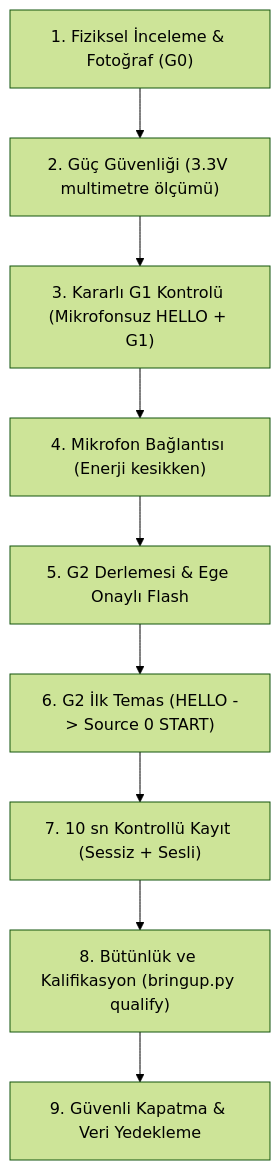
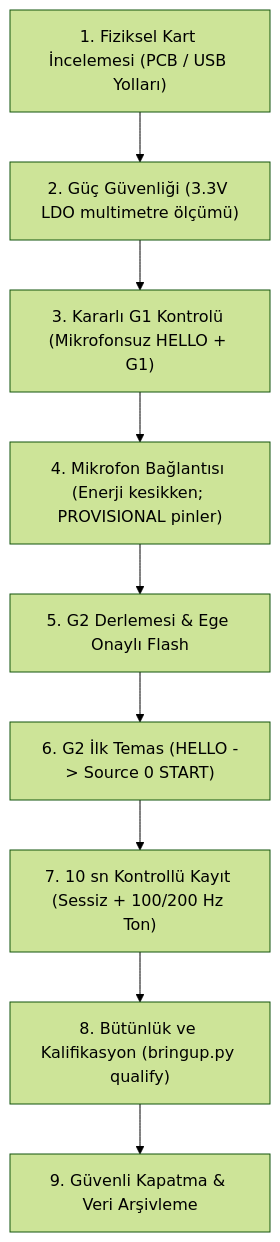
Before and after one commit to egecagintepe/ausculta-forge: the diagram in docs/engineering/hardware/FRIDAY_G2_LAB_RUNBOOK.md, drawn with Mermaid (forest theme). The commit also changed other lines of this file and 10 other files, not shown here.

````diff
--- a/docs/engineering/hardware/FRIDAY_G2_LAB_RUNBOOK.md
+++ b/docs/engineering/hardware/FRIDAY_G2_LAB_RUNBOOK.md
@@ -38,11 +41,11 @@
 ```mermaid
 flowchart TD
-    A["1. Fiziksel İnceleme & Fotoğraf (G0)"] --> B["2. Güç Güvenliği (3.3V multimetre ölçümü)"]
+    A["1. Fiziksel Kart İncelemesi (PCB / USB Yolları)"] --> B["2. Güç Güvenliği (3.3V LDO multimetre ölçümü)"]
     B --> C["3. Kararlı G1 Kontrolü (Mikrofonsuz HELLO + G1)"]
-    C --> D["4. Mikrofon Bağlantısı (Enerji kesikken)"]
+    C --> D["4. Mikrofon Bağlantısı (Enerji kesikken; PROVISIONAL pinler)"]
     D --> E["5. G2 Derlemesi & Ege Onaylı Flash"]
     E --> F["6. G2 İlk Temas (HELLO -> Source 0 START)"]
-    F --> G["7. 10 sn Kontrollü Kayıt (Sessiz + Sesli)"]
+    F --> G["7. 10 sn Kontrollü Kayıt (Sessiz + 100/200 Hz Ton)"]
     G --> H["8. Bütünlük ve Kalifikasyon (bringup.py qualify)"]
-    H --> I["9. Güvenli Kapatma & Veri Yedekleme"]
+    H --> I["9. Güvenli Kapatma & Veri Arşivleme"]
 ```
````
